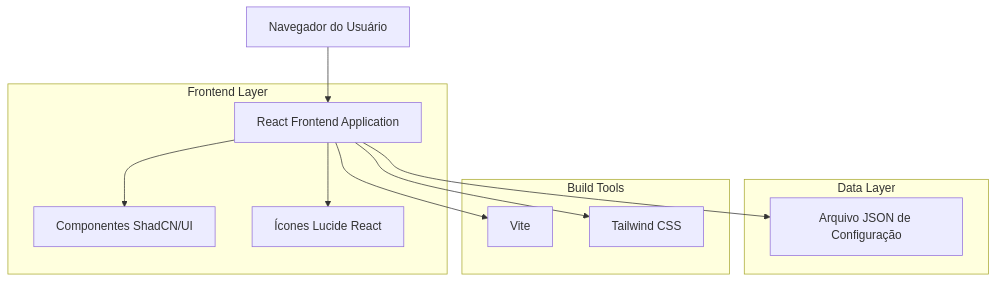
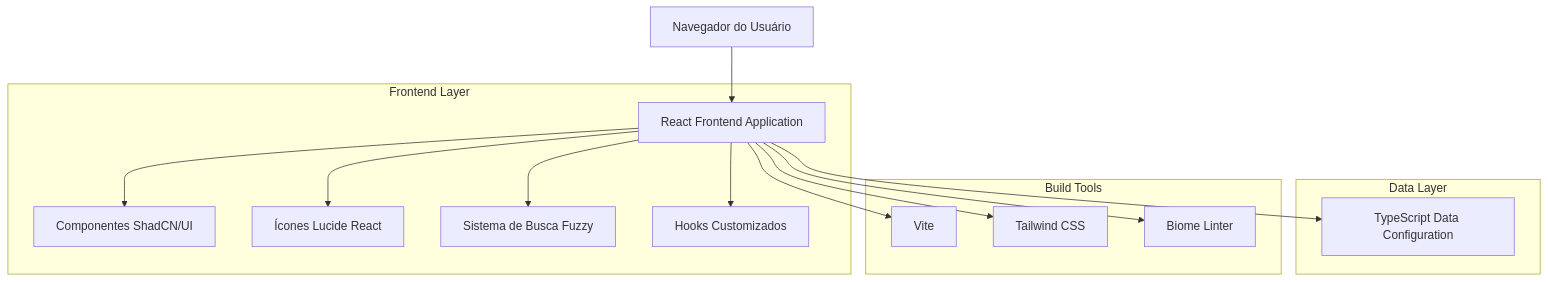
The first of 3 diagrams in .trae/documents/Arquitetura_Tecnica_Portal.md (LuPeBreak/portal-servidor), drawn with Mermaid before and after one commit. The commit also changed other lines of this file and 34 other files, not shown here.

````diff
--- a/.trae/documents/Arquitetura_Tecnica_Portal.md
+++ b/.trae/documents/Arquitetura_Tecnica_Portal.md
@@ -5,25 +5,31 @@
 ```mermaid
 graph TD
   A[Navegador do Usuário] --> B[React Frontend Application]
-  B --> C[Arquivo JSON de Configuração]
+  B --> C[TypeScript Data Configuration]
   B --> D[Componentes ShadCN/UI]
   B --> E[Ícones Lucide React]
+  B --> F[Sistema de Busca Fuzzy]
+  B --> G[Hooks Customizados]
   
   subgraph "Frontend Layer"
     B
     D
     E
+    F
+    G
   end
   
   subgraph "Data Layer"
     C
   end
   
   subgraph "Build Tools"
-    F[Vite]
-    G[Tailwind CSS]
+    H[Vite]
+    I[Tailwind CSS]
+    J[Biome Linter]
   end
   
-  B --> F
-  B --> G
+  B --> H
+  B --> I
+  B --> J
 ```
````
